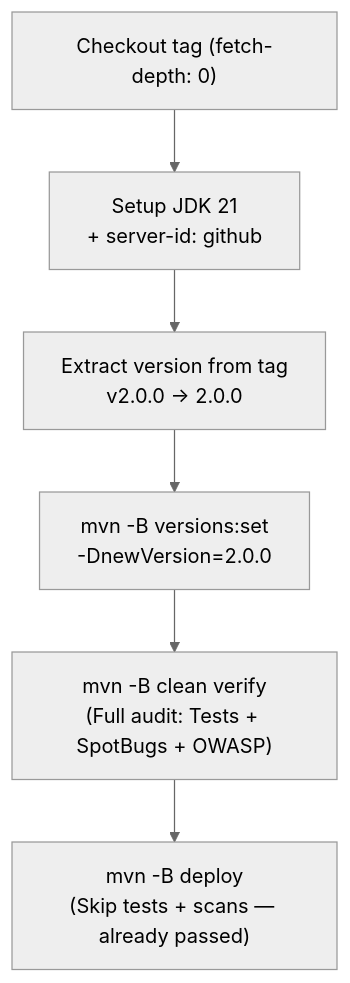
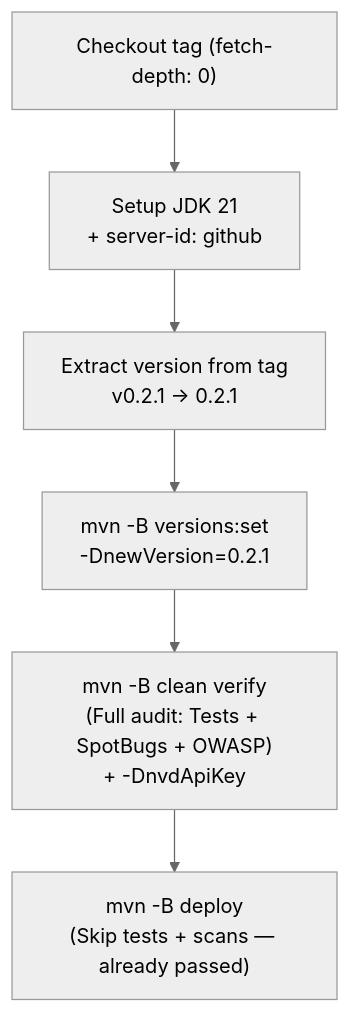
The third of 4 diagrams in document/v2-devsecops-implementation-plan.md (C0ngHung/conghung-commons), drawn with Mermaid (neutral theme) before and after one commit. The commit also changed other lines of this file and 3 other files, not shown here.

````diff
--- a/document/v2-devsecops-implementation-plan.md
+++ b/document/v2-devsecops-implementation-plan.md
@@ -186,8 +203,8 @@
 ```mermaid
 flowchart TB
     Checkout["Checkout tag (fetch-depth: 0)"] --> SetupJDK["Setup JDK 21\n+ server-id: github"]
-    SetupJDK --> Version["Extract version from tag\nv2.0.0 → 2.0.0"]
-    Version --> SetVersion["mvn -B versions:set\n-DnewVersion=2.0.0"]
-    SetVersion --> Verify["mvn -B clean verify\n(Full audit: Tests + SpotBugs + OWASP)"]
+    SetupJDK --> Version["Extract version from tag\nv0.2.1 → 0.2.1"]
+    Version --> SetVersion["mvn -B versions:set\n-DnewVersion=0.2.1"]
+    SetVersion --> Verify["mvn -B clean verify\n(Full audit: Tests + SpotBugs + OWASP)\n+ -DnvdApiKey"]
     Verify --> Deploy["mvn -B deploy\n(Skip tests + scans — already passed)"]
 ```
````
